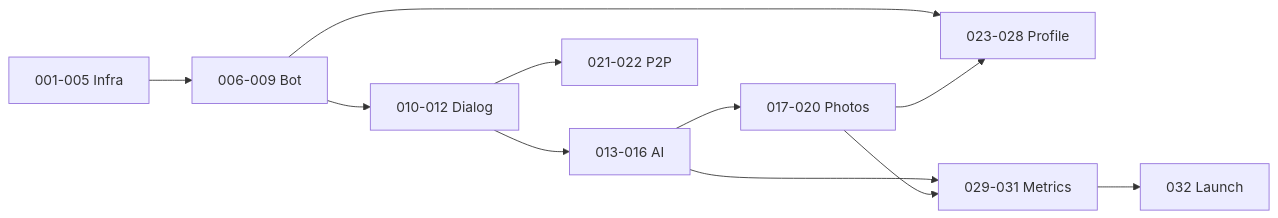
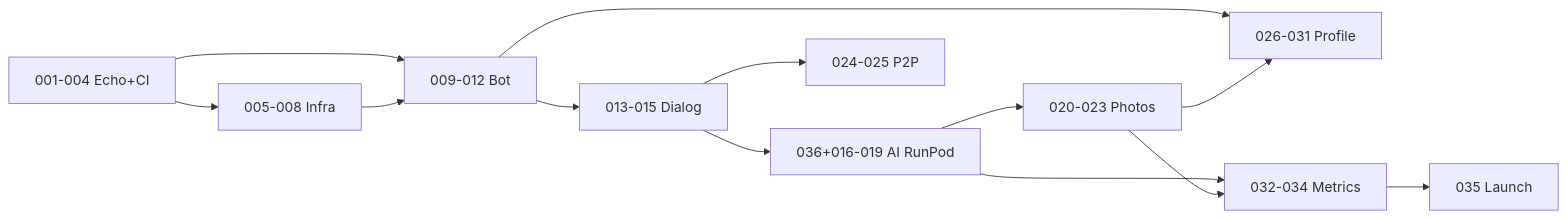
The second of 2 diagrams in tasks/README.md (flykby/anonimus_chat), drawn with Mermaid before and after one commit. The commit also changed other lines of this file and 68 other files, not shown here.

First line of the commit message:
Revise task backlog for VM deploy, CI/CD, RunPod, and echo bot milestone

````diff
--- a/tasks/README.md
+++ b/tasks/README.md
@@ -105,13 +159,15 @@
 ```mermaid
 flowchart LR
-    P0[001-005 Infra] --> P1[006-009 Bot]
-    P1 --> P2[010-012 Dialog]
-    P2 --> P3[013-016 AI]
-    P3 --> P4[017-020 Photos]
-    P2 --> P5[021-022 P2P]
-    P1 --> P6[023-028 Profile]
+    M1[001-004 Echo+CI] --> P0[005-008 Infra]
+    M1 --> P1[009-012 Bot]
+    P0 --> P1
+    P1 --> P2[013-015 Dialog]
+    P2 --> P3[036+016-019 AI RunPod]
+    P2 --> P5[024-025 P2P]
+    P3 --> P4[020-023 Photos]
+    P1 --> P6[026-031 Profile]
     P4 --> P6
-    P3 --> P7[029-031 Metrics]
+    P3 --> P7[032-034 Metrics]
     P4 --> P7
-    P7 --> P8[032 Launch]
+    P7 --> P8[035 Launch]
 ```
````
